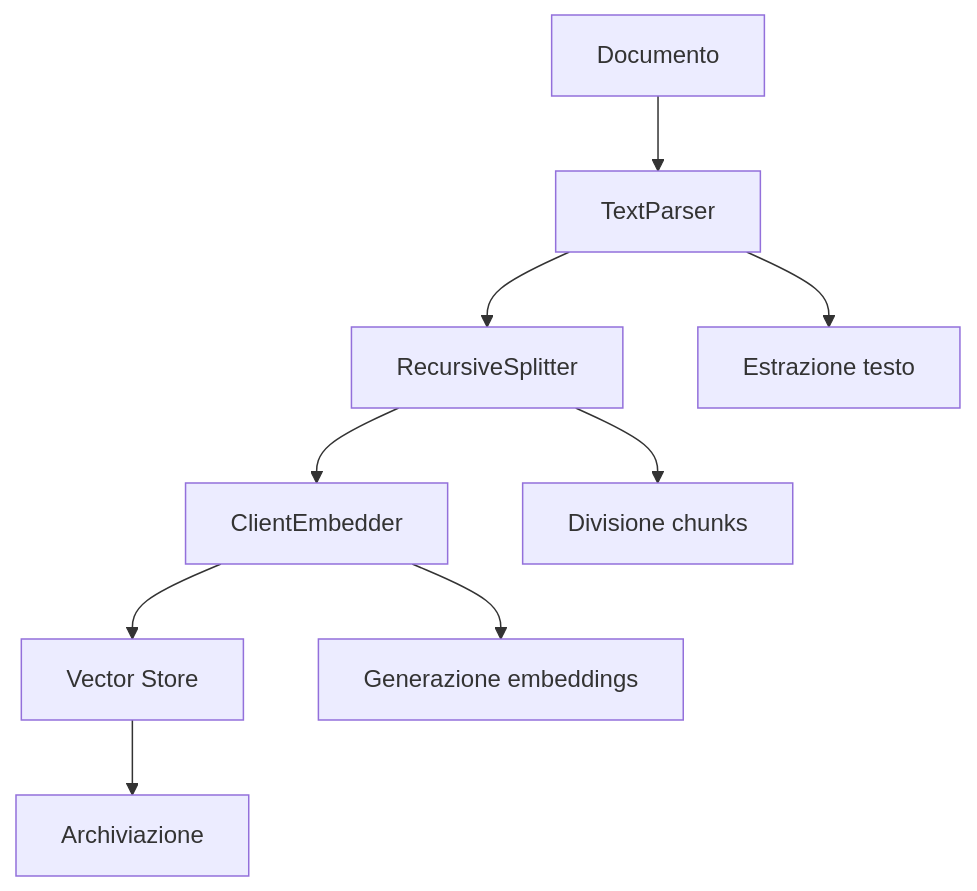
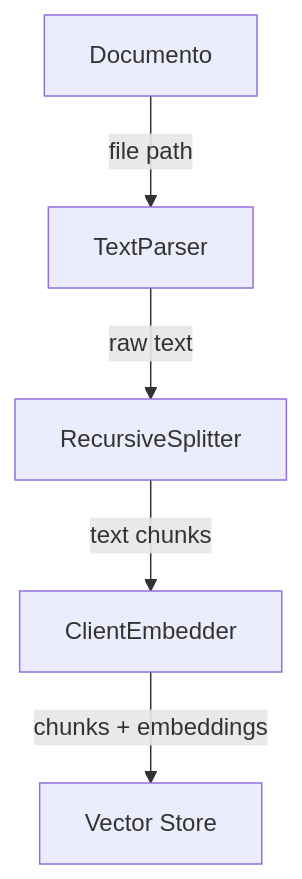
One commit to Rkomi98/Datapizza changed the first of 3 diagrams in DatapizzAI/PizzAI/Pipeline/README_PIPELINE_GUIDE.md. Above: the diagram before and after it, drawn with Mermaid. The commit also changed other lines of this file and 3 other files, not shown here.

````diff
--- a/DatapizzAI/PizzAI/Pipeline/README_PIPELINE_GUIDE.md
+++ b/DatapizzAI/PizzAI/Pipeline/README_PIPELINE_GUIDE.md
@@ -78,12 +104,7 @@
 ```mermaid
 graph TD
-    A[Documento] --> B[TextParser]
-    B --> C[RecursiveSplitter]
-    C --> D[ClientEmbedder]
-    D --> E[Vector Store]
-    
-    B --> F[Estrazione testo]
-    C --> G[Divisione chunks]
-    D --> H[Generazione embeddings]
-    E --> I[Archiviazione]
+    A[Documento] -->|file path| B[TextParser]
+    B -->|raw text| C[RecursiveSplitter]
+    C -->|text chunks| D[ClientEmbedder]
+    D -->|chunks + embeddings| E[Vector Store]
 ```
````
